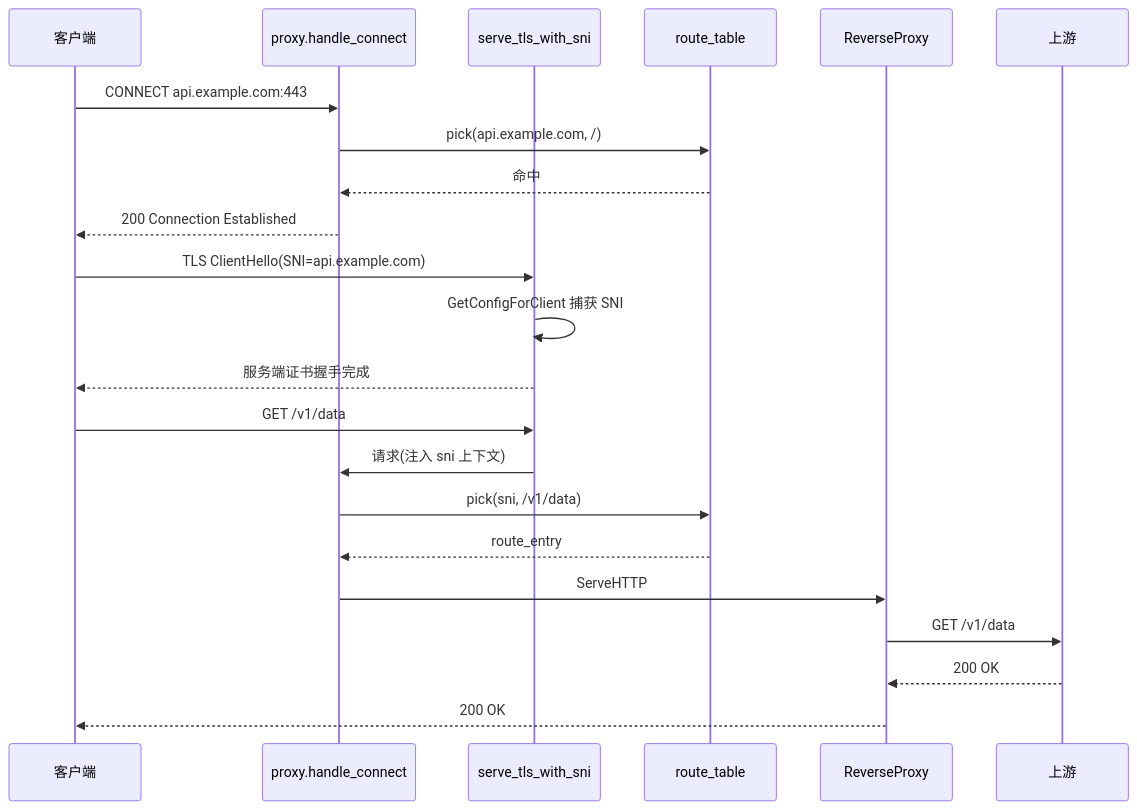
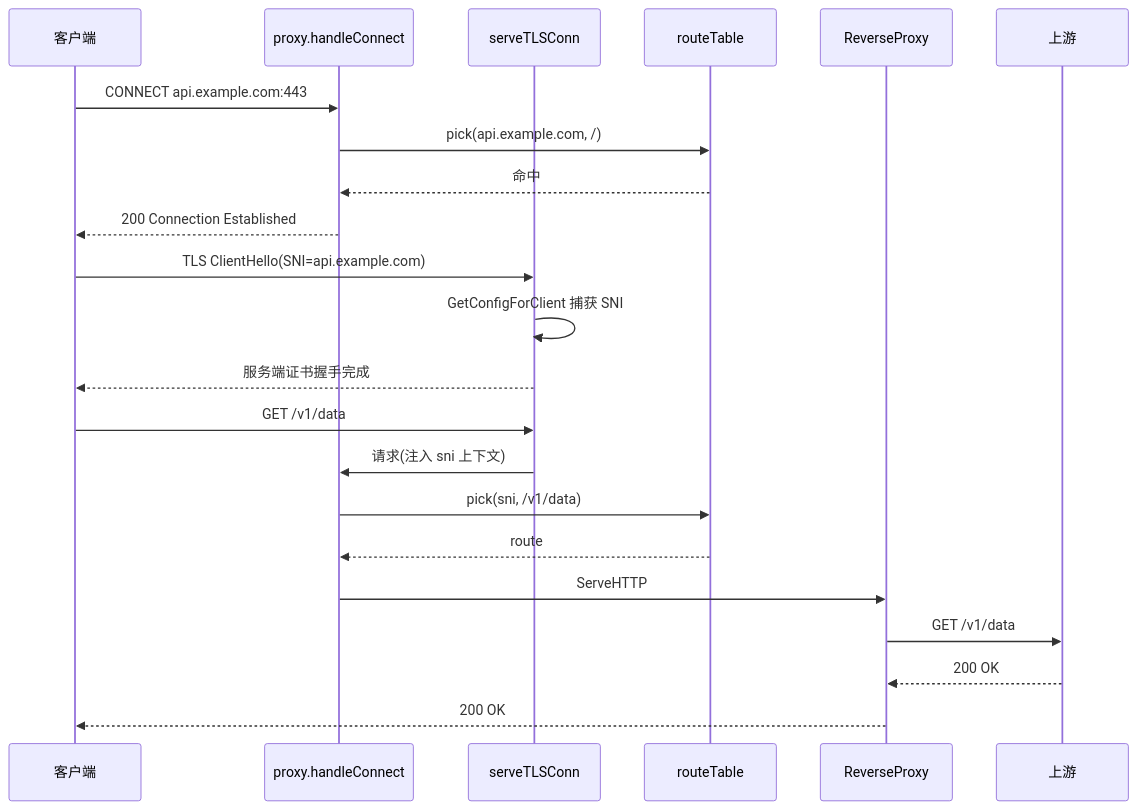
Before and after one commit to isunk/MyReverseProxy: the fourth of 4 diagrams in .monkeycode/specs/mrp/design.md, drawn with Mermaid. The commit also changed other lines of this file and 8 other files, not shown here.

````diff
--- a/.monkeycode/specs/mrp/design.md
+++ b/.monkeycode/specs/mrp/design.md
@@ -204,25 +204,25 @@
 ```mermaid
 sequenceDiagram
     participant Client as 客户端
-    participant Proxy as proxy.handle_connect
-    participant TLS as serve_tls_with_sni
-    participant Table as route_table
+    participant Proxy as proxy.handleConnect
+    participant TLS as serveTLSConn
+    participant Table as routeTable
     participant Reverse as ReverseProxy
     participant Upstream as 上游
 
     Client->>Proxy: CONNECT api.example.com:443
     Proxy->>Table: pick(api.example.com, /)
     Table-->>Proxy: 命中
     Proxy-->>Client: 200 Connection Established
     Client->>TLS: TLS ClientHello(SNI=api.example.com)
     TLS->>TLS: GetConfigForClient 捕获 SNI
     TLS-->>Client: 服务端证书握手完成
     Client->>TLS: GET /v1/data
     TLS->>Proxy: 请求(注入 sni 上下文)
     Proxy->>Table: pick(sni, /v1/data)
-    Table-->>Proxy: route_entry
+    Table-->>Proxy: route
     Proxy->>Reverse: ServeHTTP
     Reverse->>Upstream: GET /v1/data
     Upstream-->>Reverse: 200 OK
     Reverse-->>Client: 200 OK
 ```
````
